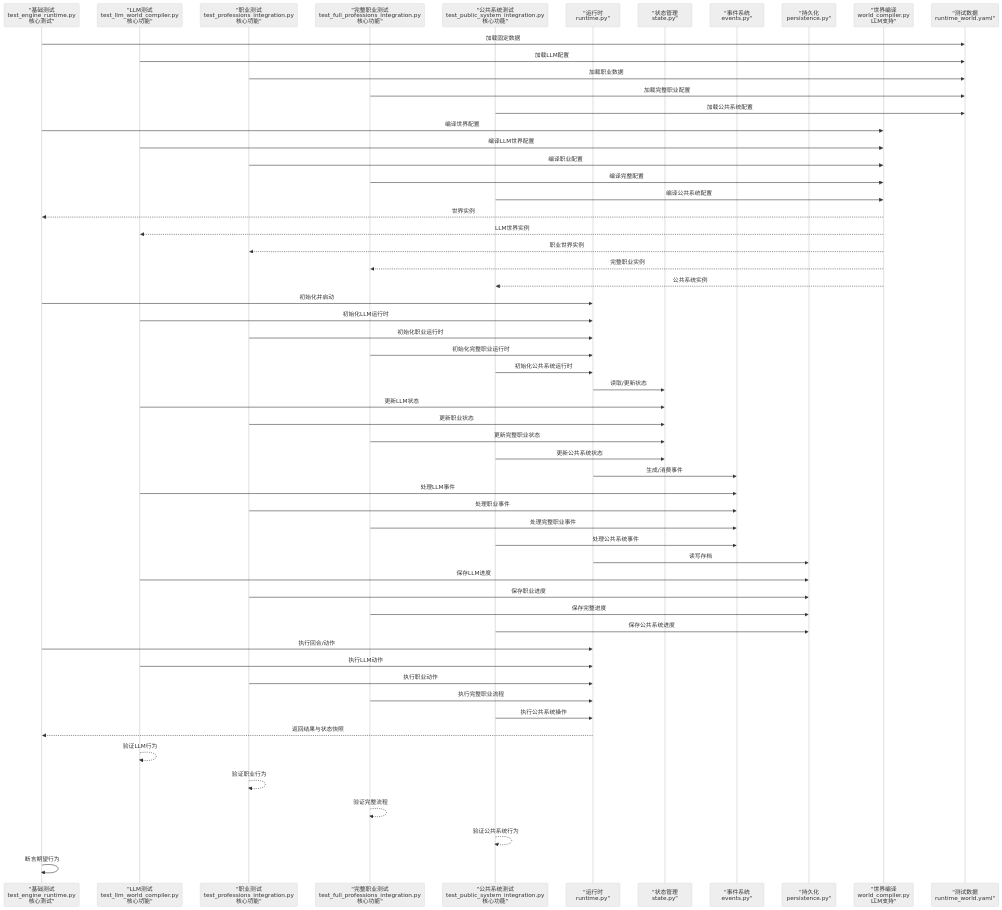
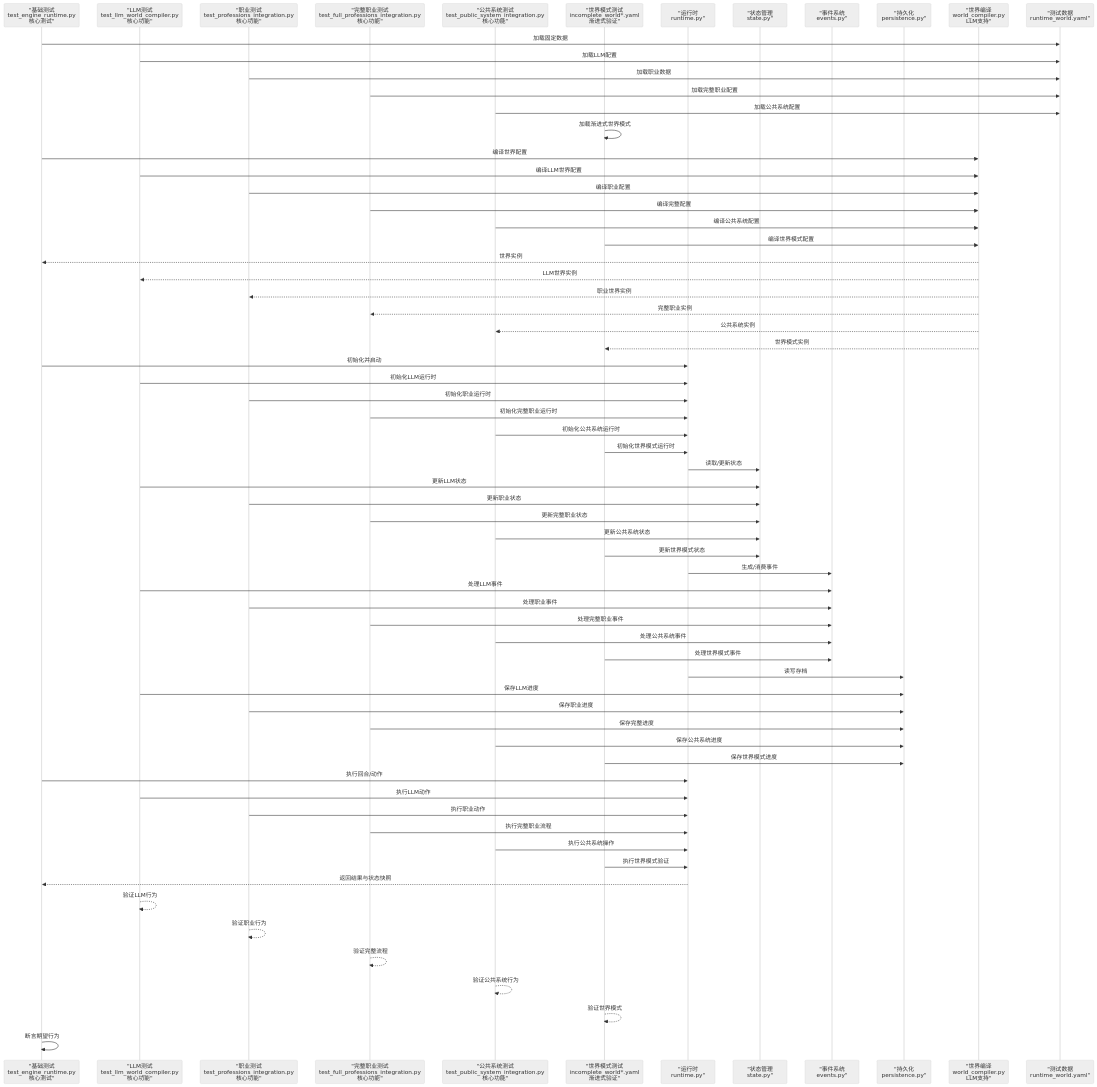
The second of 4 diagrams in .qoder/repowiki/zh/content/测试指南.md (Ivandanslespace/thegreatnovel), drawn with Mermaid (neutral theme) before and after one commit. The commit also changed other lines of this file and 55 other files, not shown here.

````diff
--- a/.qoder/repowiki/zh/content/测试指南.md
+++ b/.qoder/repowiki/zh/content/测试指南.md
@@ -152,60 +183,70 @@
 ```mermaid
 sequenceDiagram
 participant Test as "基础测试<br/>test_engine_runtime.py<br/>核心测试"
 participant LLMTest as "LLM测试<br/>test_llm_world_compiler.py<br/>核心功能"
 participant ProfTest as "职业测试<br/>test_professions_integration.py<br/>核心功能"
 participant FullProfTest as "完整职业测试<br/>test_full_professions_integration.py<br/>核心功能"
 participant PublicTest as "公共系统测试<br/>test_public_system_integration.py<br/>核心功能"
+participant WorldModeTest as "世界模式测试<br/>incomplete_world*.yaml<br/>渐进式验证"
 participant Runtime as "运行时<br/>runtime.py"
 participant State as "状态管理<br/>state.py"
 participant Events as "事件系统<br/>events.py"
 participant Persist as "持久化<br/>persistence.py"
 participant World as "世界编译<br/>world_compiler.py<br/>LLM支持"
 participant Fixture as "测试数据<br/>runtime_world.yaml"
 Test->>Fixture : 加载固定数据
 LLMTest->>Fixture : 加载LLM配置
 ProfTest->>Fixture : 加载职业数据
 FullProfTest->>Fixture : 加载完整职业配置
 PublicTest->>Fixture : 加载公共系统配置
+WorldModeTest->>WorldModeTest : 加载渐进式世界模式
 Test->>World : 编译世界配置
 LLMTest->>World : 编译LLM世界配置
 ProfTest->>World : 编译职业配置
 FullProfTest->>World : 编译完整配置
 PublicTest->>World : 编译公共系统配置
+WorldModeTest->>World : 编译世界模式配置
 World-->>Test : 世界实例
 World-->>LLMTest : LLM世界实例
 World-->>ProfTest : 职业世界实例
 World-->>FullProfTest : 完整职业实例
 World-->>PublicTest : 公共系统实例
+World-->>WorldModeTest : 世界模式实例
 Test->>Runtime : 初始化并启动
 LLMTest->>Runtime : 初始化LLM运行时
 ProfTest->>Runtime : 初始化职业运行时
 FullProfTest->>Runtime : 初始化完整职业运行时
 PublicTest->>Runtime : 初始化公共系统运行时
+WorldModeTest->>Runtime : 初始化世界模式运行时
 Runtime->>State : 读取/更新状态
 LLMTest->>State : 更新LLM状态
 ProfTest->>State : 更新职业状态
 FullProfTest->>State : 更新完整职业状态
 PublicTest->>State : 更新公共系统状态
+WorldModeTest->>State : 更新世界模式状态
 Runtime->>Events : 生成/消费事件
 LLMTest->>Events : 处理LLM事件
 ProfTest->>Events : 处理职业事件
 FullProfTest->>Events : 处理完整职业事件
 PublicTest->>Events : 处理公共系统事件
+WorldModeTest->>Events : 处理世界模式事件
 Runtime->>Persist : 读写存档
 LLMTest->>Persist : 保存LLM进度
 ProfTest->>Persist : 保存职业进度
 FullProfTest->>Persist : 保存完整进度
 PublicTest->>Persist : 保存公共系统进度
+WorldModeTest->>Persist : 保存世界模式进度
 Test->>Runtime : 执行回合/动作
 LLMTest->>Runtime : 执行LLM动作
 ProfTest->>Runtime : 执行职业动作
 FullProfTest->>Runtime : 执行完整职业流程
 PublicTest->>Runtime : 执行公共系统操作
+WorldModeTest->>Runtime : 执行世界模式验证
 Runtime-->>Test : 返回结果与状态快照
 LLMTest-->>LLMTest : 验证LLM行为
 ProfTest-->>ProfTest : 验证职业行为
 FullProfTest-->>FullProfTest : 验证完整流程
 PublicTest-->>PublicTest : 验证公共系统行为
+WorldModeTest-->>WorldModeTest : 验证世界模式
 Test->>Test : 断言期望行为
 ```
````
